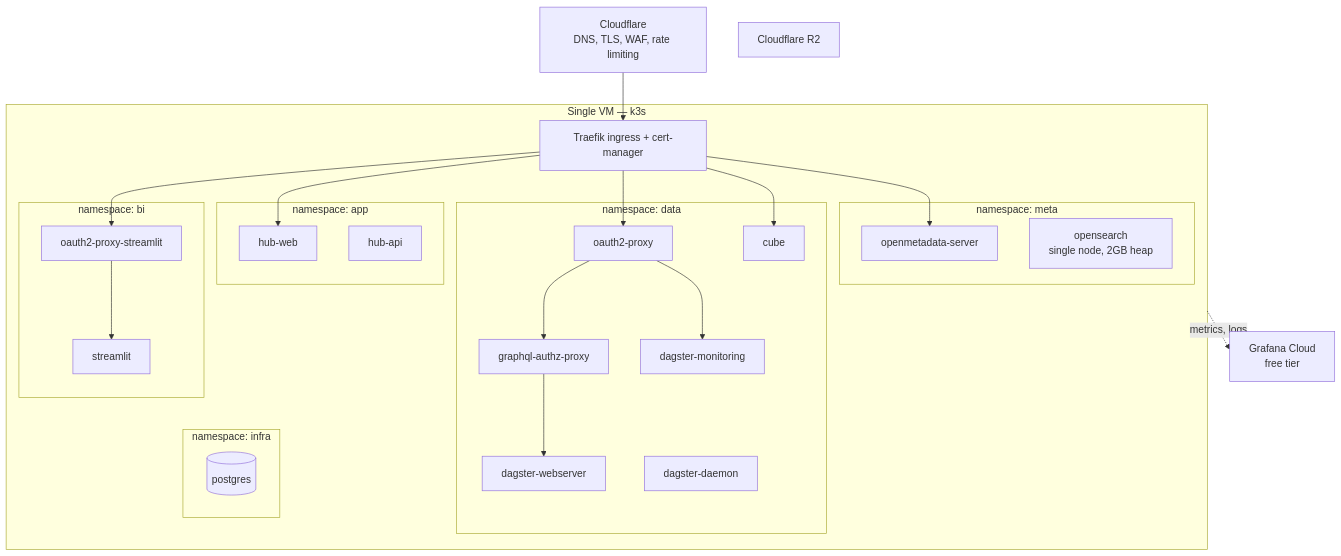
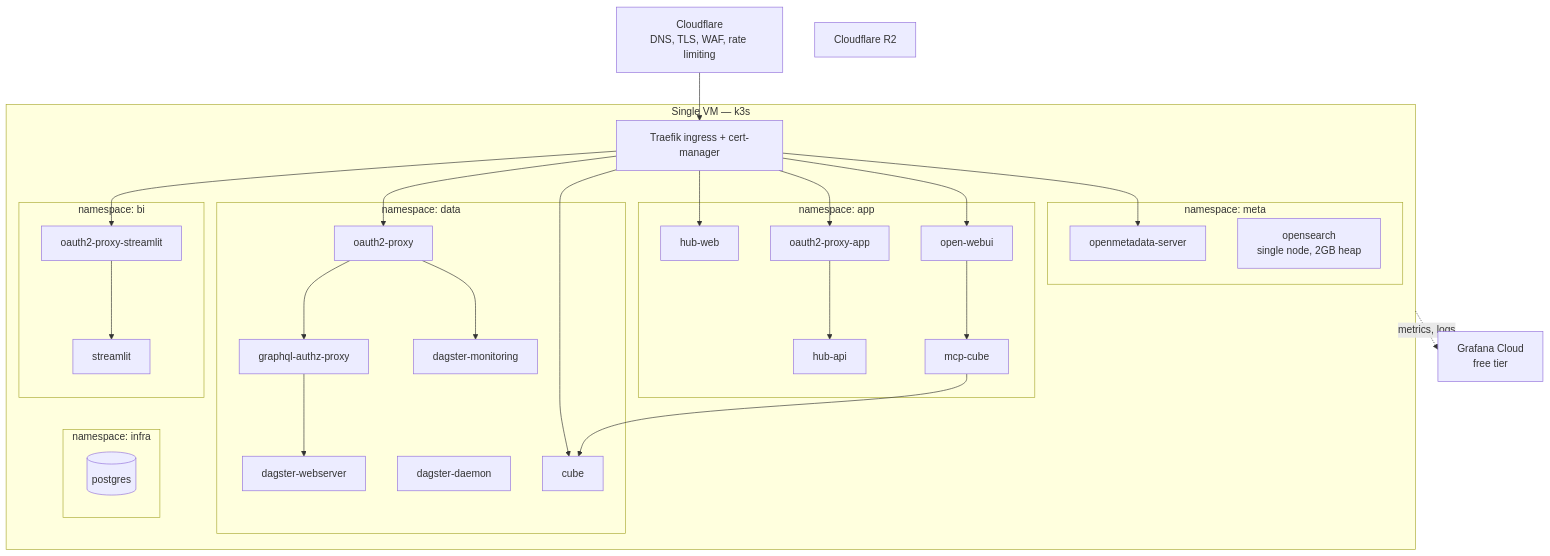
The third of 3 diagrams in docs/ARCHITECTURE.md (kgmcquate/open-health-data-platform), drawn with Mermaid before and after one commit. The commit also changed other lines of this file and 28 other files, not shown here.

````diff
--- a/docs/ARCHITECTURE.md
+++ b/docs/ARCHITECTURE.md
@@ -152,51 +152,59 @@
 ```mermaid
 flowchart TB
     CF["Cloudflare<br/>DNS, TLS, WAF, rate limiting"]
 
     subgraph vm["Single VM — k3s"]
         ING["Traefik ingress + cert-manager"]
 
         subgraph nsapp["namespace: app"]
             A1["hub-web"]
             A2["hub-api"]
+            A3["oauth2-proxy-app"]
+            A4["open-webui"]
+            A5["mcp-cube"]
         end
 
         subgraph nsdata["namespace: data"]
             D1["dagster-webserver"]
             D2["dagster-daemon"]
             D3["graphql-authz-proxy"]
             D4["oauth2-proxy"]
             D5["dagster-monitoring"]
             D6["cube"]
         end
 
         subgraph nsbi["namespace: bi"]
             B0["oauth2-proxy-streamlit"]
             B1["streamlit"]
         end
 
         subgraph nsmeta["namespace: meta"]
             M1["openmetadata-server"]
             M2["opensearch<br/>single node, 2GB heap"]
         end
 
         subgraph nsinfra["namespace: infra"]
             P1[("postgres")]
         end
     end
 
     R2["Cloudflare R2"]
     GC["Grafana Cloud<br/>free tier"]
 
     CF --> ING
     ING --> A1
+    ING --> A3
+    A3 --> A2
+    ING --> A4
+    A4 --> A5
+    A5 --> D6
     ING --> D4
     ING --> D6
     ING --> B0
     ING --> M1
     D4 --> D3
     D4 --> D5
     D3 --> D1
     B0 --> B1
     vm -.->|metrics, logs| GC
 ```
````
